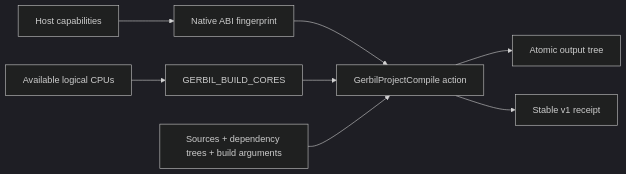
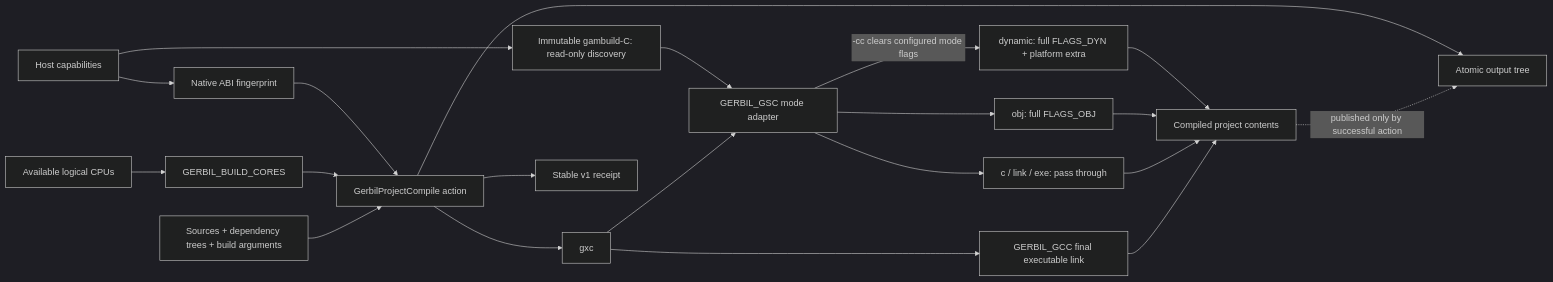
The second of 2 diagrams in docs/rfc/0003-atomic-package-graph.org (tao3k/gerbil-bazel), drawn with Mermaid (dark theme) before and after one commit. The commit also changed other lines of this file and 10 other files, not shown here.

Commit message:
fix: restore Gambit producer mode flags

```diff
--- a/docs/rfc/0003-atomic-package-graph.org
+++ b/docs/rfc/0003-atomic-package-graph.org
@@ -116,10 +124,23 @@
 #+begin_src mermaid
 flowchart LR
   HOST["Host capabilities"] --> ABI["Native ABI fingerprint"]
+  HOST --> GAMBUILD["Immutable gambuild-C: read-only discovery"]
   CPU["Available logical CPUs"] --> CORES["GERBIL_BUILD_CORES"]
   ABI --> ACTION["GerbilProjectCompile action"]
   CORES --> ACTION
   INPUTS["Sources + dependency trees + build arguments"] --> ACTION
+  ACTION --> GXC["gxc"]
+  GAMBUILD --> MODE["GERBIL_GSC mode adapter"]
+  MODE -->|"-cc clears configured mode flags"| DYN["dynamic: full FLAGS_DYN + platform extra"]
+  MODE --> OBJ["obj: full FLAGS_OBJ"]
+  MODE --> PASS["c / link / exe: pass through"]
+  GXC --> MODE
+  GXC --> FINAL["GERBIL_GCC final executable link"]
+  DYN --> CONTENTS["Compiled project contents"]
+  OBJ --> CONTENTS
+  PASS --> CONTENTS
+  FINAL --> CONTENTS
   ACTION --> TREE["Atomic output tree"]
+  CONTENTS -. "published only by successful action" .-> TREE
   ACTION --> JSON["Stable v1 receipt"]
 #+end_src
```
